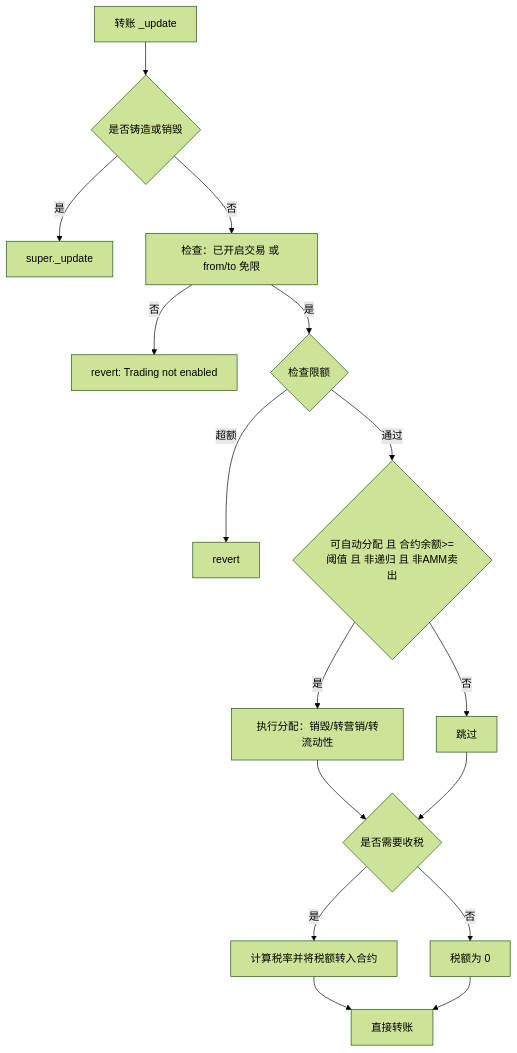
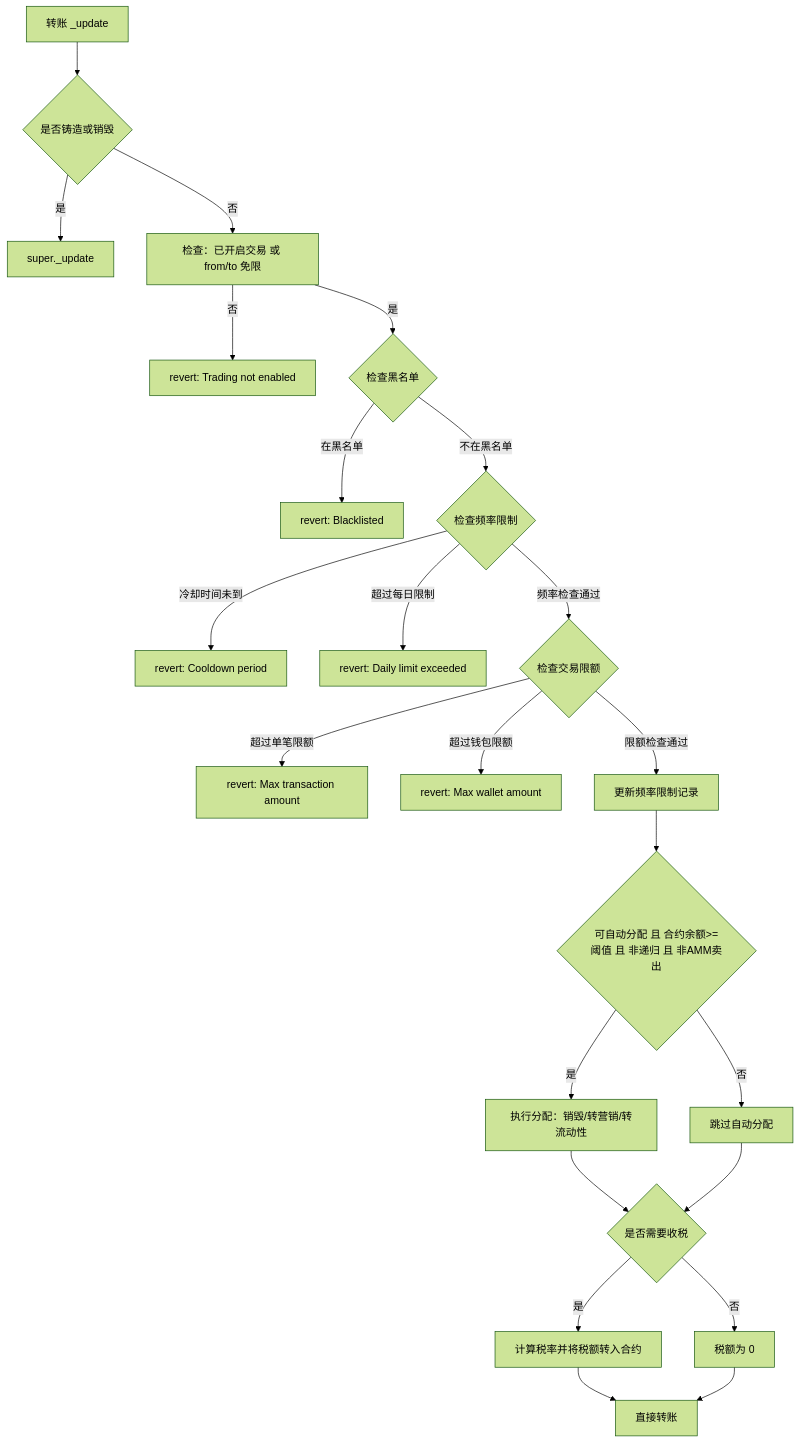
Before and after one commit to 17799800696/test: the first of 2 diagrams in meme/docs/guide.md, drawn with Mermaid (forest theme). The commit also changed other lines of this file and 7 other files, not shown here.

````diff
--- a/meme/docs/guide.md
+++ b/meme/docs/guide.md
@@ -101,18 +120,25 @@
 ```mermaid
 graph TD
   A[转账 _update] --> B{是否铸造或销毁}
   B -->|是| C[super._update]
   B -->|否| D[检查：已开启交易 或 from/to 免限]
   D -->|否| E[revert: Trading not enabled]
-  D -->|是| F{检查限额}
-  F -->|超额| G[revert]
-  F -->|通过| H{可自动分配 且 合约余额>=阈值 且 非递归 且 非AMM卖出}
-  H -->|是| I[执行分配：销毁/转营销/转流动性]
-  H -->|否| J[跳过]
-  I --> K{是否需要收税}
-  J --> K{是否需要收税}
-  K -->|是| L[计算税率并将税额转入合约]
-  K -->|否| M[税额为 0]
-  L --> N[扣税后转账]
-  M --> N[直接转账]
+  D -->|是| F{检查黑名单}
+  F -->|在黑名单| G[revert: Blacklisted]
+  F -->|不在黑名单| H{检查频率限制}
+  H -->|冷却时间未到| I[revert: Cooldown period]
+  H -->|超过每日限制| J[revert: Daily limit exceeded]
+  H -->|频率检查通过| K{检查交易限额}
+  K -->|超过单笔限额| L[revert: Max transaction amount]
+  K -->|超过钱包限额| M[revert: Max wallet amount]
+  K -->|限额检查通过| N[更新频率限制记录]
+  N --> O{可自动分配 且 合约余额>=阈值 且 非递归 且 非AMM卖出}
+  O -->|是| P[执行分配：销毁/转营销/转流动性]
+  O -->|否| Q[跳过自动分配]
+  P --> R{是否需要收税}
+  Q --> R{是否需要收税}
+  R -->|是| S[计算税率并将税额转入合约]
+  R -->|否| T[税额为 0]
+  S --> U[扣税后转账]
+  T --> U[直接转账]
 ```
````
